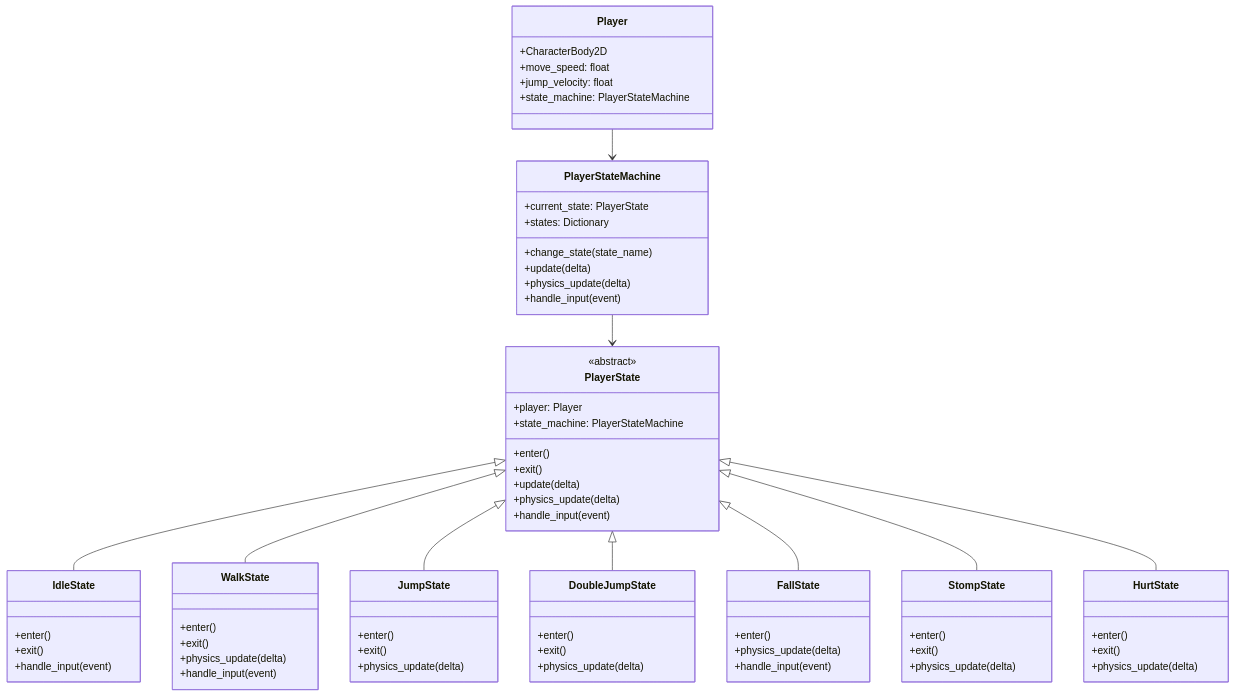
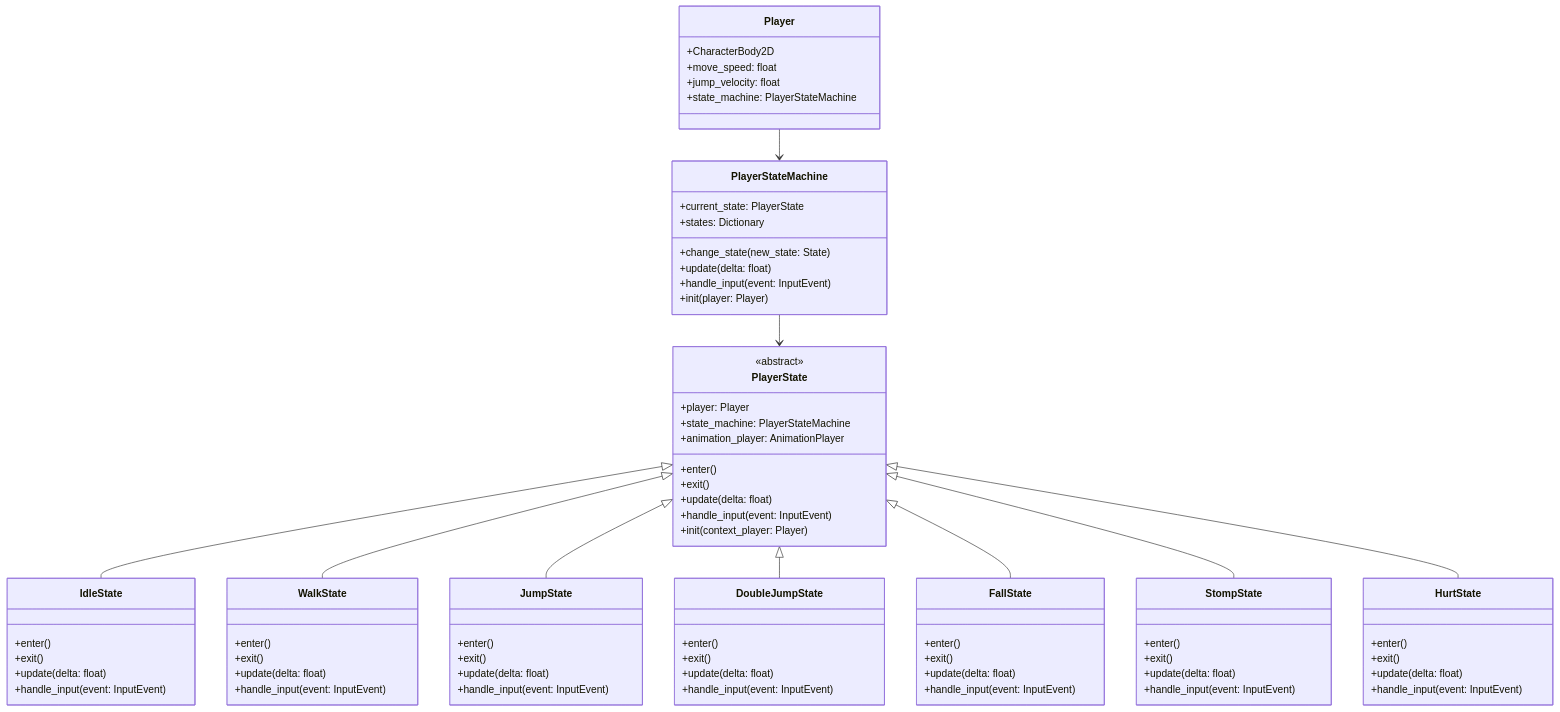
The first of 4 diagrams in docs/02_arch/01_游戏架构概要设计_骑士的奥德赛大冒险.md (yulu86/knight-odyssey), drawn with Mermaid before and after one commit.

Commit message:
更新文档

```diff
--- a/docs/02_arch/01_游戏架构概要设计_骑士的奥德赛大冒险.md
+++ b/docs/02_arch/01_游戏架构概要设计_骑士的奥德赛大冒险.md
@@ -109,64 +109,71 @@
     class PlayerStateMachine {
         +current_state: PlayerState
         +states: Dictionary
-        +change_state(state_name)
-        +update(delta)
-        +physics_update(delta)
-        +handle_input(event)
+        +change_state(new_state: State)
+        +update(delta: float)
+        +handle_input(event: InputEvent)
+        +init(player: Player)
     }
 
     class PlayerState {
         <<abstract>>
         +player: Player
         +state_machine: PlayerStateMachine
+        +animation_player: AnimationPlayer
         +enter()
         +exit()
-        +update(delta)
-        +physics_update(delta)
-        +handle_input(event)
+        +update(delta: float)
+        +handle_input(event: InputEvent)
+        +init(context_player: Player)
     }
 
     class IdleState {
         +enter()
         +exit()
-        +handle_input(event)
+        +update(delta: float)
+        +handle_input(event: InputEvent)
     }
 
     class WalkState {
         +enter()
         +exit()
-        +physics_update(delta)
-        +handle_input(event)
+        +update(delta: float)
+        +handle_input(event: InputEvent)
     }
 
     class JumpState {
         +enter()
         +exit()
-        +physics_update(delta)
+        +update(delta: float)
+        +handle_input(event: InputEvent)
     }
 
     class DoubleJumpState {
         +enter()
         +exit()
-        +physics_update(delta)
+        +update(delta: float)
+        +handle_input(event: InputEvent)
     }
 
     class FallState {
         +enter()
-        +physics_update(delta)
-        +handle_input(event)
+        +exit()
+        +update(delta: float)
+        +handle_input(event: InputEvent)
     }
 
     class StompState {
         +enter()
         +exit()
-        +physics_update(delta)
+        +update(delta: float)
+        +handle_input(event: InputEvent)
     }
 
     class HurtState {
         +enter()
         +exit()
-        +physics_update(delta)
+        +update(delta: float)
+        +handle_input(event: InputEvent)
     }
 
     Player --> PlayerStateMachine
```
